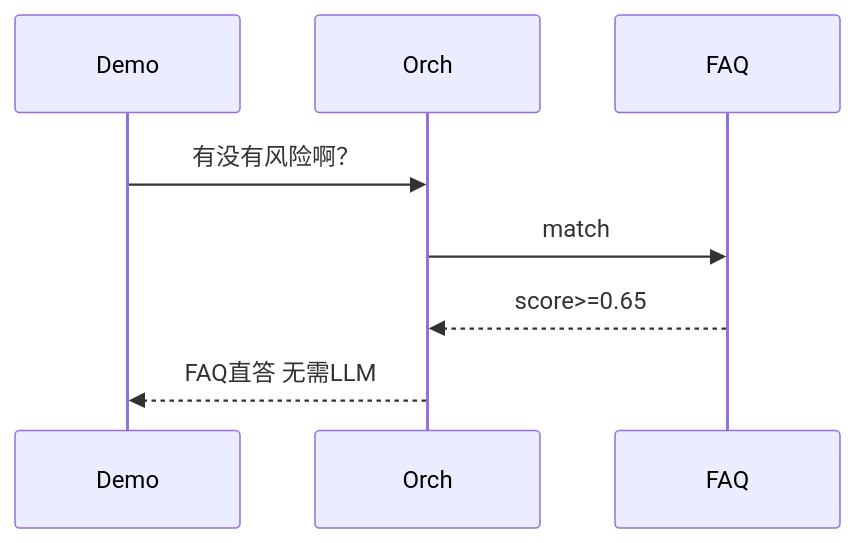
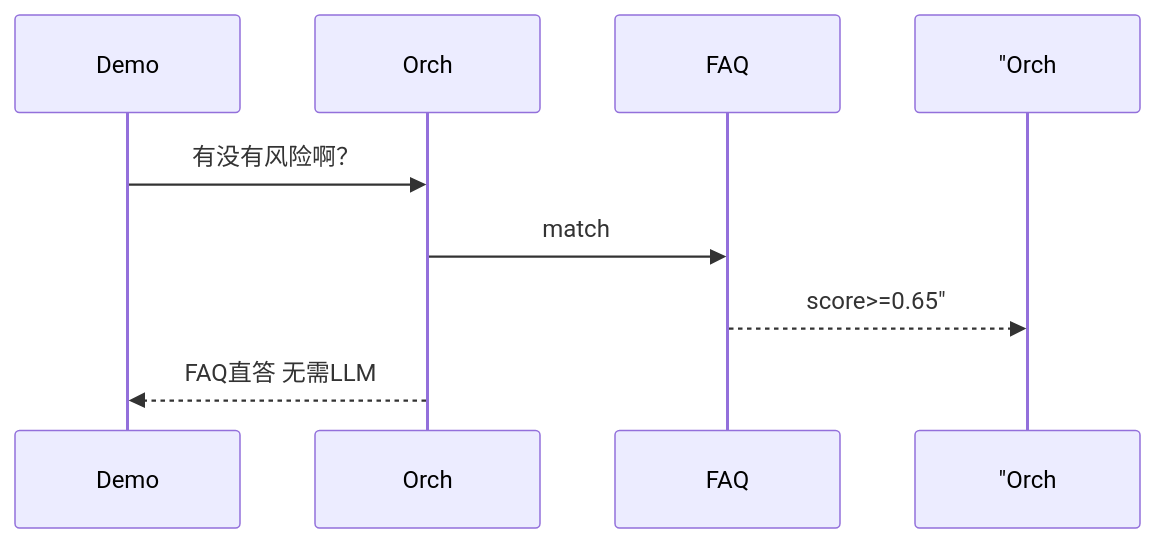
One commit to ab6539763/70_days_course_plus changed the diagram in course/day21/06_课堂笔记_下午.md. Above: the diagram before and after it, drawn with Mermaid. The commit also changed 134 other files, not shown here.

````diff
--- a/course/day21/06_课堂笔记_下午.md
+++ b/course/day21/06_课堂笔记_下午.md
@@ -78,10 +78,10 @@
 ```mermaid
 sequenceDiagram
     participant Demo
     participant Orch
     participant FAQ
     Demo->>Orch: 有没有风险啊？
     Orch->>FAQ: match
-    FAQ-->>Orch: score>=0.65
+    FAQ-->> "Orch: score>=0.65"
     Orch-->>Demo: FAQ直答 无需LLM
 ```
````
